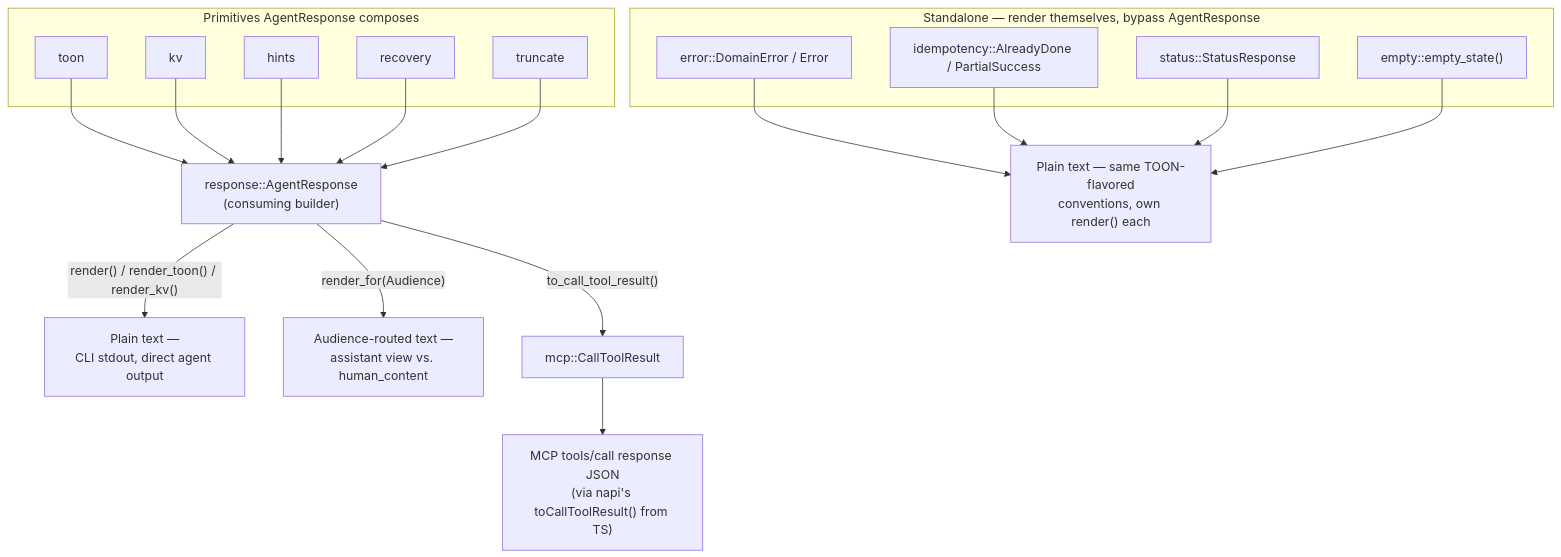
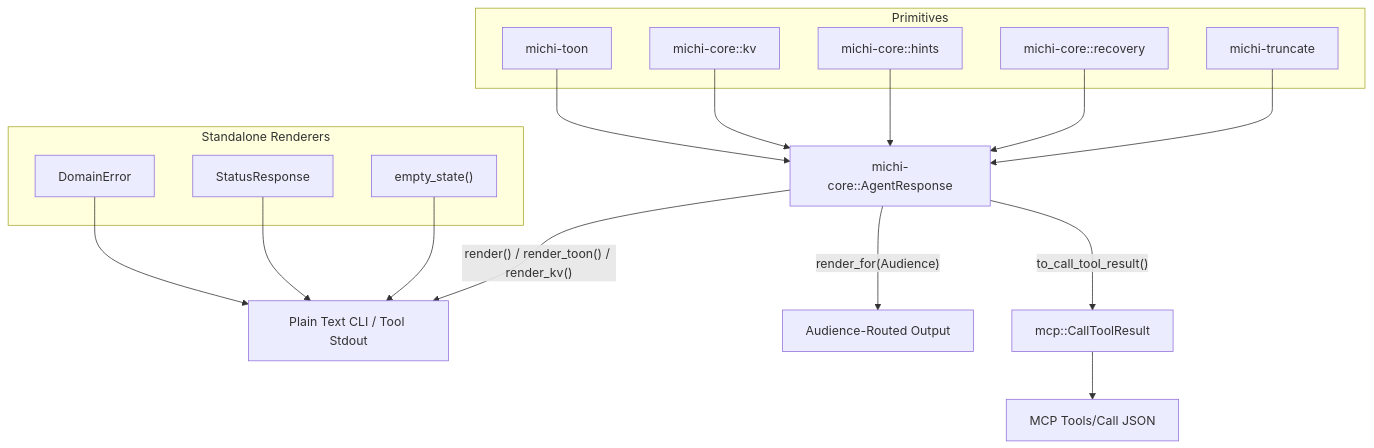
The diagram in ARCHITECTURE.md (orin-axi/michi), drawn with Mermaid before and after one commit. The commit also changed other lines of this file and 58 other files, not shown here.

First line of the commit message:
refactor: split into michi-toon, michi-core, michi-resilience, michi-truncate workspace crates

````diff
--- a/ARCHITECTURE.md
+++ b/ARCHITECTURE.md
@@ -32,32 +38,33 @@
 ```mermaid
 flowchart TB
-    subgraph inputs["Primitives AgentResponse composes"]
-        toon["toon"]
-        kv["kv"]
-        hints["hints"]
-        recovery["recovery"]
-        truncate["truncate"]
+    subgraph primitives["Primitives"]
+        toon["michi-toon"]
+        kv["michi-core::kv"]
+        hints["michi-core::hints"]
+        recovery["michi-core::recovery"]
+        truncate["michi-truncate"]
     end
+
     toon --> AR
     kv --> AR
     hints --> AR
     recovery --> AR
     truncate --> AR
-    AR["response::AgentResponse<br/>(consuming builder)"]
 
-    AR -->|"render() / render_toon() / render_kv()"| text["Plain text —<br/>CLI stdout, direct agent output"]
-    AR -->|"render_for(Audience)"| textaud["Audience-routed text —<br/>assistant view vs. human_content"]
+    AR["michi-core::AgentResponse"]
+
+    AR -->|"render() / render_toon() / render_kv()"| text["Plain Text CLI / Tool Stdout"]
+    AR -->|"render_for(Audience)"| textaud["Audience-Routed Output"]
     AR -->|"to_call_tool_result()"| mcpresult["mcp::CallToolResult"]
-    mcpresult --> mcpjson["MCP tools/call response JSON<br/>(via napi's toCallToolResult() from TS)"]
+    mcpresult --> mcpjson["MCP Tools/Call JSON"]
 
-    subgraph standalone["Standalone — render themselves, bypass AgentResponse"]
-        err["error::DomainError / Error"]
-        idem["idempotency::AlreadyDone / PartialSuccess"]
-        status["status::StatusResponse"]
-        empty["empty::empty_state()"]
+    subgraph standalone["Standalone Renderers"]
+        err["DomainError"]
+        status["StatusResponse"]
+        empty["empty_state()"]
     end
-    err --> text2["Plain text — same TOON-flavored<br/>conventions, own render() each"]
-    idem --> text2
-    status --> text2
-    empty --> text2
+
+    err --> text
+    status --> text
+    empty --> text
 ```
````
